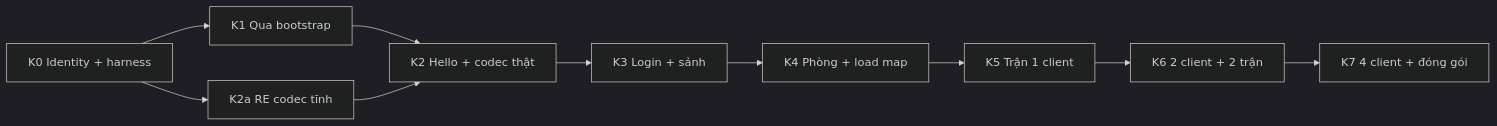
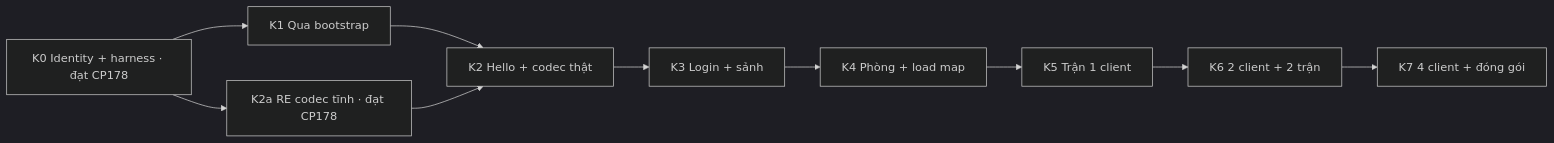
Before and after one commit to aquaplatinumberlitz/boom-kr-server: the diagram in docs/PLAN.md, drawn with Mermaid (dark theme). The commit also changed other lines of this file and 15 other files, not shown here.

````diff
--- a/docs/PLAN.md
+++ b/docs/PLAN.md
@@ -157,12 +158,12 @@
 ```mermaid
 flowchart LR
-  K0["K0 Identity + harness"] --> K1["K1 Qua bootstrap"]
-  K0 --> K2a["K2a RE codec tĩnh"]
+  K0["K0 Identity + harness · đạt CP178"] --> K1["K1 Qua bootstrap"]
+  K0 --> K2a["K2a RE codec tĩnh · đạt CP178"]
   K1 --> K2["K2 Hello + codec thật"]
   K2a --> K2
   K2 --> K3["K3 Login + sảnh"]
   K3 --> K4["K4 Phòng + load map"]
   K4 --> K5["K5 Trận 1 client"]
   K5 --> K6["K6 2 client + 2 trận"]
   K6 --> K7["K7 4 client + đóng gói"]
 ```
````
